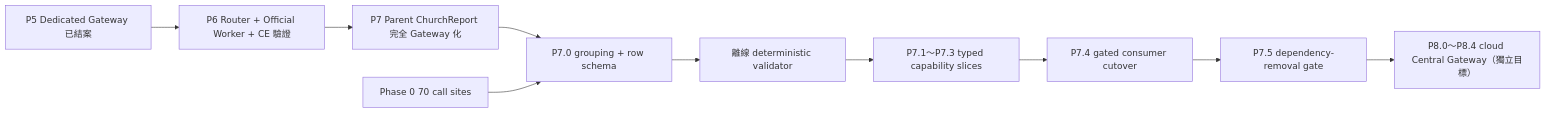
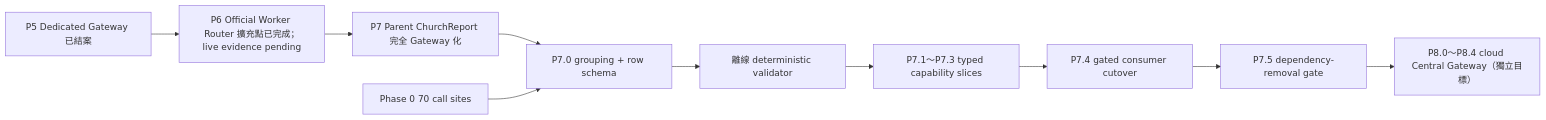
One commit to MengSung/SpeechMessageProducts changed the diagram in .trellis/tasks/08-05-gateway-capability-inventory/design.md. Above: the diagram before and after it, drawn with Mermaid. The commit also changed other lines of this file and 30 other files, not shown here.

First line of the commit message:
P6/P7 路線重校：移除 Official Worker 真機 gate

````diff
--- a/.trellis/tasks/08-05-gateway-capability-inventory/design.md
+++ b/.trellis/tasks/08-05-gateway-capability-inventory/design.md
@@ -7,12 +7,12 @@
 ```mermaid
 flowchart LR
-    A["P5 Dedicated Gateway 已結案"] --> B["P6 Router + Official Worker + CE 驗證"]
+    A["P5 Dedicated Gateway 已結案"] --> B["P6 Official Worker Router 擴充點已完成；live evidence pending"]
     B --> C["P7 Parent ChurchReport 完全 Gateway 化"]
     C --> D["P7.0 grouping + row schema"]
     P["Phase 0 70 call sites"] --> D
     D --> E["離線 deterministic validator"]
     E --> F["P7.1～P7.3 typed capability slices"]
     F --> G["P7.4 gated consumer cutover"]
     G --> H["P7.5 dependency-removal gate"]
     H --> I["P8.0～P8.4 cloud Central Gateway（獨立目標）"]
 ```
````
